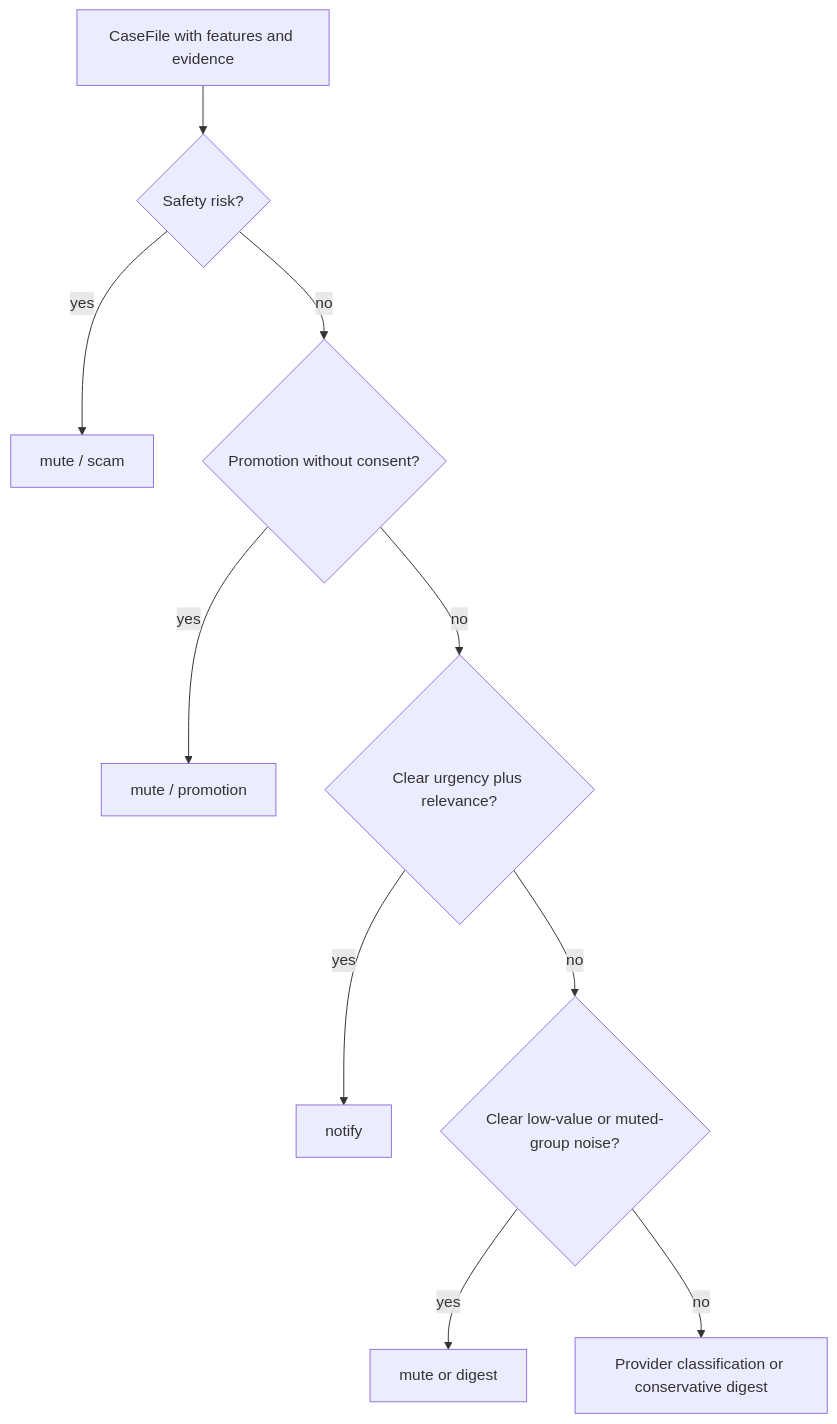
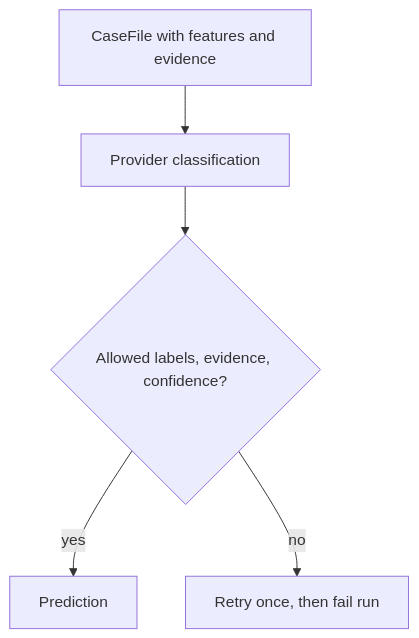
The third of 6 diagrams in ARCHITECTURE.md (shiva-reddy-1001/whatsapp-notification-router), drawn with Mermaid before and after one commit. The commit also changed other lines of this file and 11 other files, not shown here.

Commit message:
feat: require provider-backed classification

````diff
--- a/ARCHITECTURE.md
+++ b/ARCHITECTURE.md
@@ -80,12 +78,7 @@
 ```mermaid
 flowchart TD
-    S["CaseFile with features and evidence"] --> A{"Safety risk?"}
-    A -->|"yes"| M1["mute / scam"]
-    A -->|"no"| B{"Promotion without consent?"}
-    B -->|"yes"| M2["mute / promotion"]
-    B -->|"no"| C{"Clear urgency plus relevance?"}
-    C -->|"yes"| N["notify"]
-    C -->|"no"| D{"Clear low-value or muted-group noise?"}
-    D -->|"yes"| G["mute or digest"]
-    D -->|"no"| P["Provider classification or conservative digest"]
+    S["CaseFile with features and evidence"] --> P["Provider classification"]
+    P --> V{"Allowed labels, evidence, confidence?"}
+    V -->|"yes"| O["Prediction"]
+    V -->|"no"| E["Retry once, then fail run"]
 ```
````
